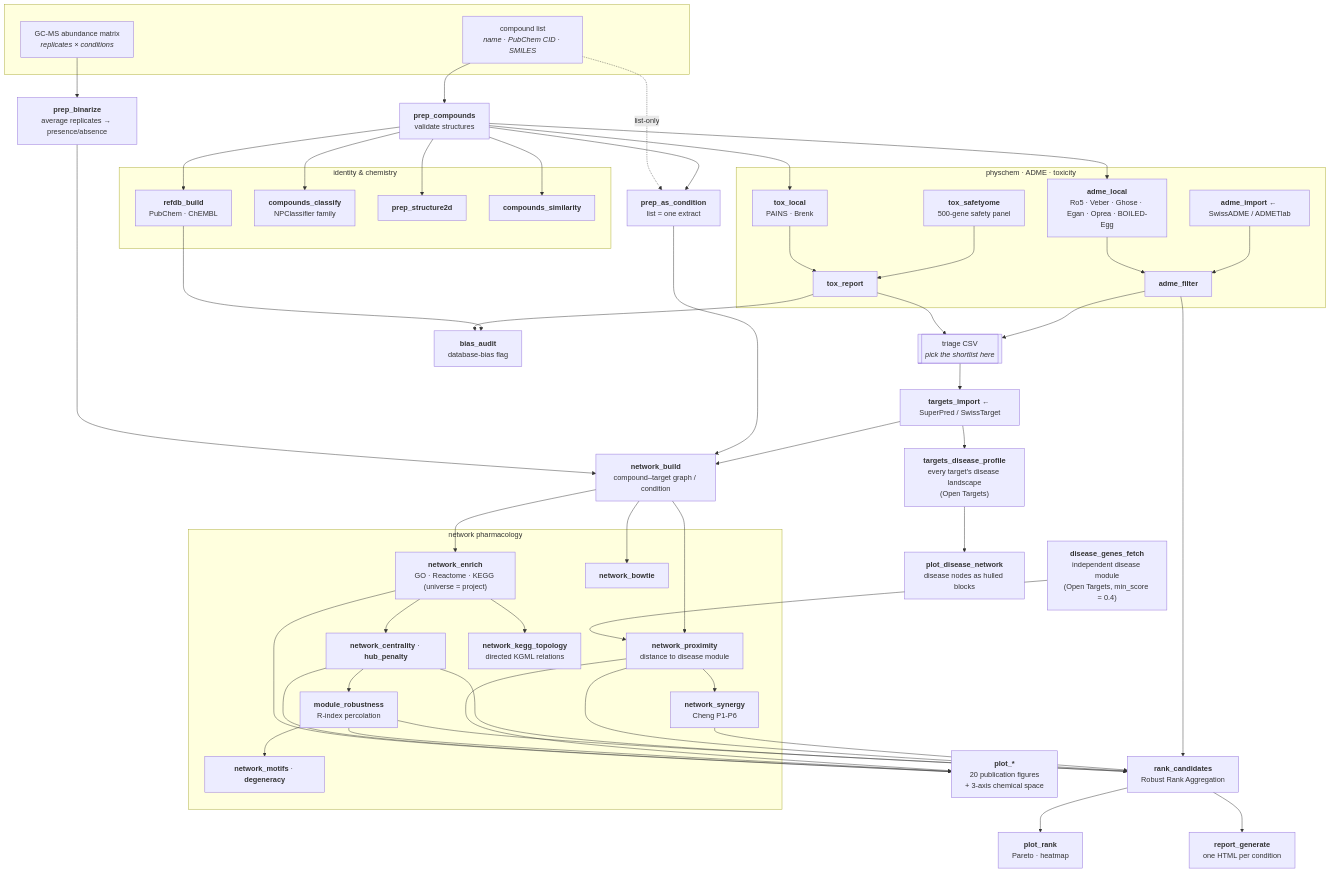
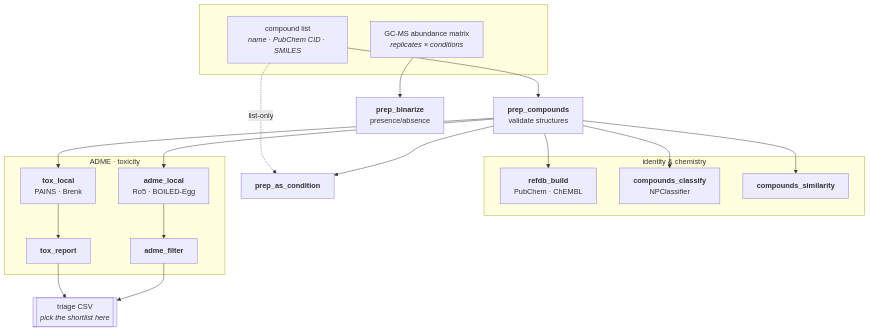
One commit to hierax00/patliR changed the first of 3 diagrams in README.md. Above: the diagram before and after it, drawn with Mermaid. The commit also changed other lines of this file, not shown here.

First line of the commit message:
README: split the pipeline diagram into 3 stages, add a full command reference

````diff
--- a/README.md
+++ b/README.md
@@ -19,70 +27,31 @@
 ```mermaid
 flowchart TD
     subgraph input [" "]
         L["compound list<br/><i>name · PubChem CID · SMILES</i>"]
         M["GC-MS abundance matrix<br/><i>replicates × conditions</i>"]
     end
 
     L --> PC["<b>prep_compounds</b><br/>validate structures"]
-    M --> PB["<b>prep_binarize</b><br/>average replicates → presence/absence"]
-    L -.list-only.-> PAC["<b>prep_as_condition</b><br/>list = one extract"]
+    M --> PB["<b>prep_binarize</b><br/>presence/absence"]
+    L -.list-only.-> PAC["<b>prep_as_condition</b>"]
     PC --> PAC
 
     subgraph chem ["identity & chemistry"]
         RDB["<b>refdb_build</b><br/>PubChem · ChEMBL"]
-        CL["<b>compounds_classify</b><br/>NPClassifier family"]
-        S2D["<b>prep_structure2d</b>"]
+        CL["<b>compounds_classify</b><br/>NPClassifier"]
         SIM["<b>compounds_similarity</b>"]
     end
-    PC --> RDB & CL & S2D & SIM
+    PC --> RDB & CL & SIM
 
-    subgraph pk ["physchem · ADME · toxicity"]
-        AL["<b>adme_local</b><br/>Ro5 · Veber · Ghose · Egan · Oprea · BOILED-Egg"]
+    subgraph pk ["ADME · toxicity"]
+        AL["<b>adme_local</b><br/>Ro5 · BOILED-Egg"]
         AF["<b>adme_filter</b>"]
-        AI["<b>adme_import</b> ← SwissADME / ADMETlab"]
         TL["<b>tox_local</b><br/>PAINS · Brenk"]
-        TS["<b>tox_safetyome</b><br/>500-gene safety panel"]
         TR["<b>tox_report</b>"]
     end
     PC --> AL --> AF
-    AI --> AF
     PC --> TL --> TR
-    TS --> TR
 
     TR --> CSV[["triage CSV<br/><i>pick the shortlist here</i>"]]
     AF --> CSV
-
-    CSV --> TI["<b>targets_import</b> ← SuperPred / SwissTarget"]
-    PB --> NB
-    PAC --> NB
-    TI --> NB["<b>network_build</b><br/>compound–target graph / condition"]
-
-    DG["<b>disease_genes_fetch</b><br/>independent disease module<br/>(Open Targets, min_score = 0.4)"]
-
-    subgraph net ["network pharmacology"]
-        NE["<b>network_enrich</b><br/>GO · Reactome · KEGG (universe = project)"]
-        NC["<b>network_centrality</b> · <b>hub_penalty</b>"]
-        NMR["<b>module_robustness</b><br/>R-index percolation"]
-        NM["<b>network_motifs</b> · <b>degeneracy</b>"]
-        NP["<b>network_proximity</b><br/>distance to disease module"]
-        NS["<b>network_synergy</b><br/>Cheng P1-P6"]
-        NBT["<b>network_bowtie</b>"]
-        NKT["<b>network_kegg_topology</b><br/>directed KGML relations"]
-    end
-    NB --> NE --> NC --> NMR --> NM
-    DG --> NP
-    NB --> NP --> NS
-    NB --> NBT
-    NE --> NKT
-
-    TDP["<b>targets_disease_profile</b><br/>every target's disease landscape<br/>(Open Targets)"]
-    TI --> TDP --> DNET["<b>plot_disease_network</b><br/>disease nodes as hulled blocks"]
-
-    NE & NC & NMR & NP --> PLOTS["<b>plot_*</b><br/>20 publication figures<br/>+ 3-axis chemical space"]
-    TR --> BIAS["<b>bias_audit</b><br/>database-bias flag"]
-    RDB --> BIAS
-
-    NC & NMR & NP & NS & AF --> RC["<b>rank_candidates</b><br/>Robust Rank Aggregation"]
-    RC --> PR["<b>plot_rank</b><br/>Pareto · heatmap"]
-    RC --> RG["<b>report_generate</b><br/>one HTML per condition"]
 ```
````
